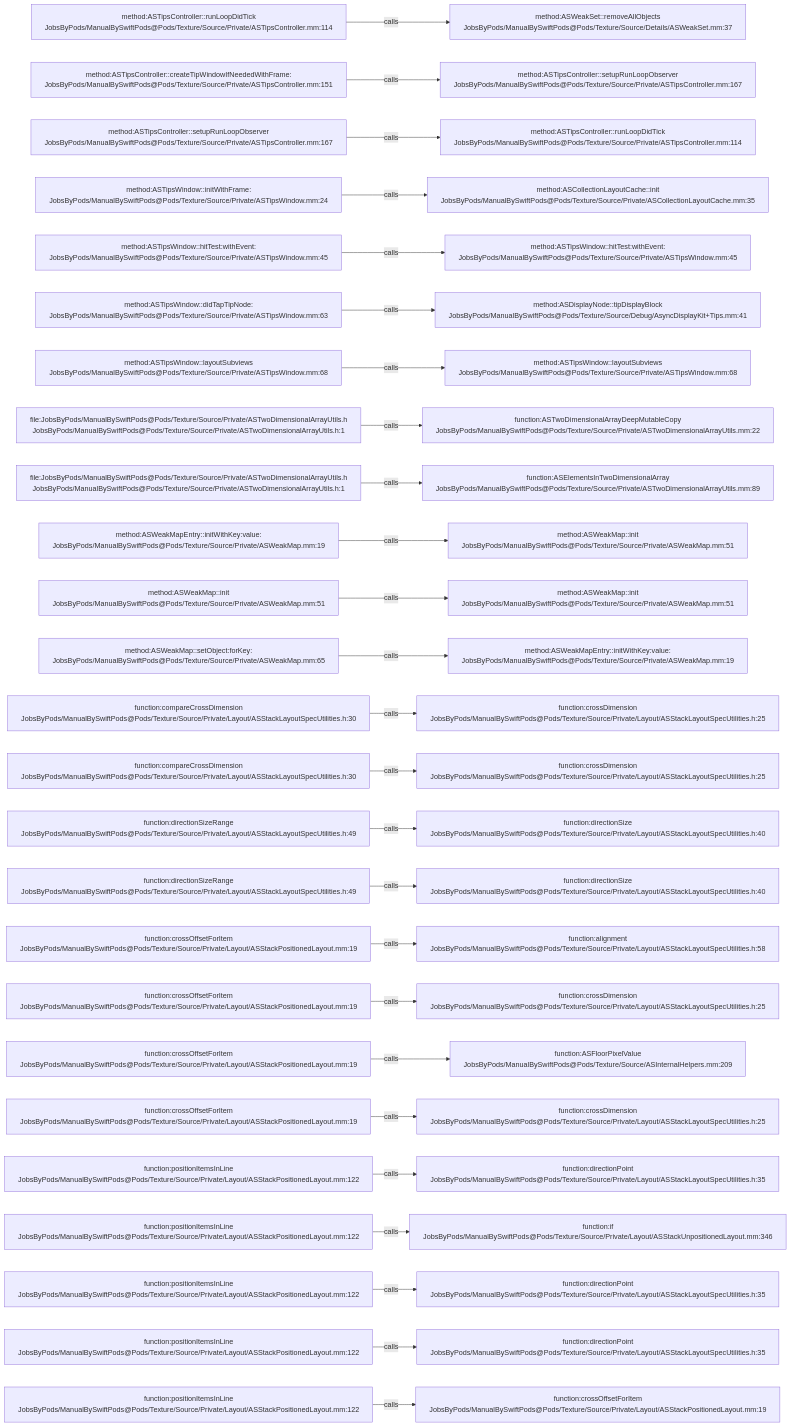
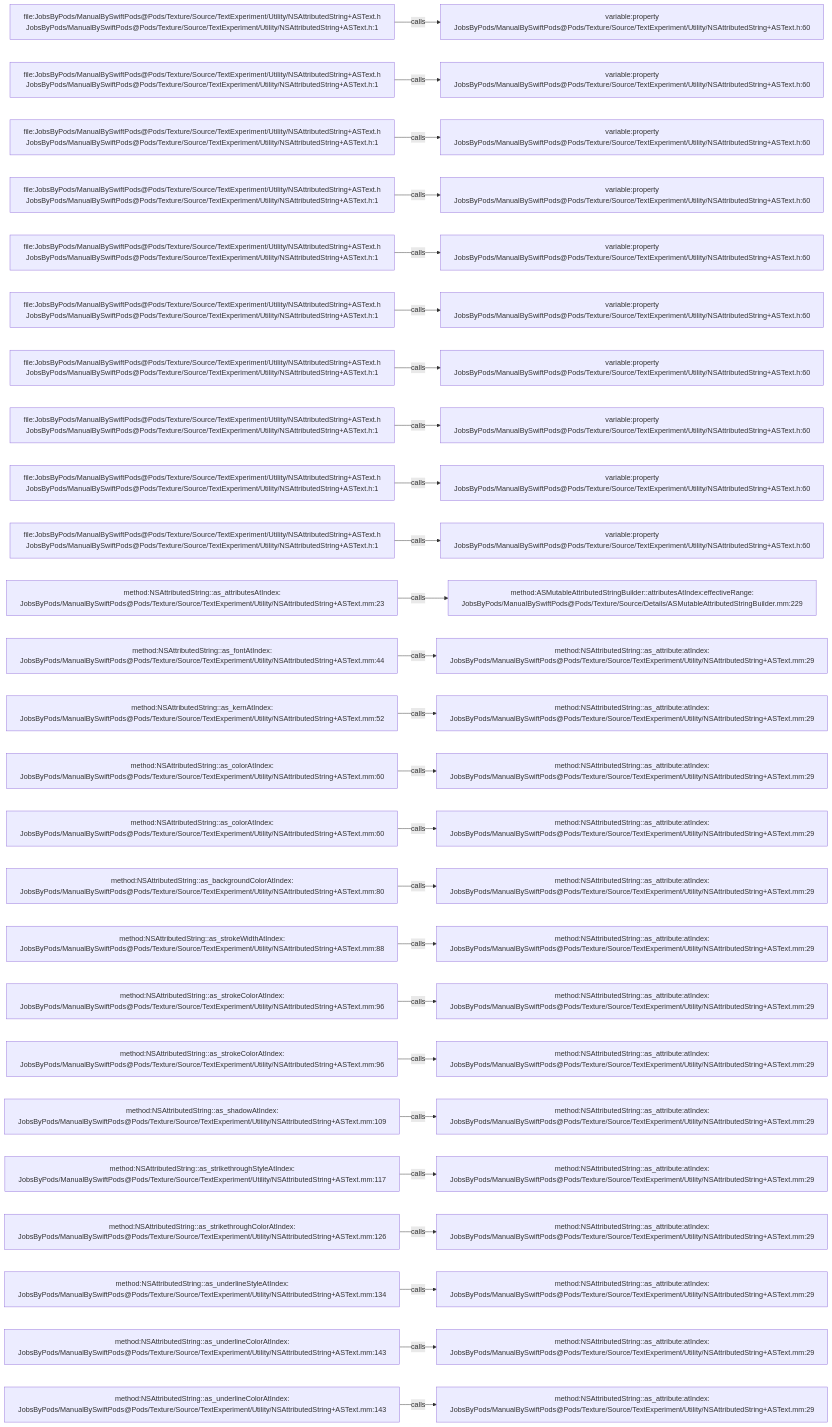
The diagram in .codegraph/codegraph.md/graphs/calls-142.md (JobsKits/JobsSwiftBaseConfigDemo), drawn with Mermaid before and after one commit. The commit also changed 832 other files, not shown here.

````diff
--- a/.codegraph/codegraph.md/graphs/calls-142.md
+++ b/.codegraph/codegraph.md/graphs/calls-142.md
@@ -13,78 +13,78 @@
 ```mermaid
 flowchart LR
-  S1["method:ASTipsController::runLoopDidTick<br/>JobsByPods/ManualBySwiftPods@Pods/Texture/Source/Private/ASTipsController.mm:114"]
-  T1["method:ASWeakSet::removeAllObjects<br/>JobsByPods/ManualBySwiftPods@Pods/Texture/Source/Details/ASWeakSet.mm:37"]
+  S1["file:JobsByPods/ManualBySwiftPods@Pods/Texture/Source/TextExperiment/Utility/NSAttributedString+ASText.h<br/>JobsByPods/ManualBySwiftPods@Pods/Texture/Source/TextExperiment/Utility/NSAttributedString+ASText.h:1"]
+  T1["variable:property<br/>JobsByPods/ManualBySwiftPods@Pods/Texture/Source/TextExperiment/Utility/NSAttributedString+ASText.h:60"]
   S1 -->|calls| T1
-  S2["method:ASTipsController::createTipWindowIfNeededWithFrame:<br/>JobsByPods/ManualBySwiftPods@Pods/Texture/Source/Private/ASTipsController.mm:151"]
-  T2["method:ASTipsController::setupRunLoopObserver<br/>JobsByPods/ManualBySwiftPods@Pods/Texture/Source/Private/ASTipsController.mm:167"]
+  S2["file:JobsByPods/ManualBySwiftPods@Pods/Texture/Source/TextExperiment/Utility/NSAttributedString+ASText.h<br/>JobsByPods/ManualBySwiftPods@Pods/Texture/Source/TextExperiment/Utility/NSAttributedString+ASText.h:1"]
+  T2["variable:property<br/>JobsByPods/ManualBySwiftPods@Pods/Texture/Source/TextExperiment/Utility/NSAttributedString+ASText.h:60"]
   S2 -->|calls| T2
-  S3["method:ASTipsController::setupRunLoopObserver<br/>JobsByPods/ManualBySwiftPods@Pods/Texture/Source/Private/ASTipsController.mm:167"]
-  T3["method:ASTipsController::runLoopDidTick<br/>JobsByPods/ManualBySwiftPods@Pods/Texture/Source/Private/ASTipsController.mm:114"]
+  S3["file:JobsByPods/ManualBySwiftPods@Pods/Texture/Source/TextExperiment/Utility/NSAttributedString+ASText.h<br/>JobsByPods/ManualBySwiftPods@Pods/Texture/Source/TextExperiment/Utility/NSAttributedString+ASText.h:1"]
+  T3["variable:property<br/>JobsByPods/ManualBySwiftPods@Pods/Texture/Source/TextExperiment/Utility/NSAttributedString+ASText.h:60"]
   S3 -->|calls| T3
-  S4["method:ASTipsWindow::initWithFrame:<br/>JobsByPods/ManualBySwiftPods@Pods/Texture/Source/Private/ASTipsWindow.mm:24"]
-  T4["method:ASCollectionLayoutCache::init<br/>JobsByPods/ManualBySwiftPods@Pods/Texture/Source/Private/ASCollectionLayoutCache.mm:35"]
+  S4["file:JobsByPods/ManualBySwiftPods@Pods/Texture/Source/TextExperiment/Utility/NSAttributedString+ASText.h<br/>JobsByPods/ManualBySwiftPods@Pods/Texture/Source/TextExperiment/Utility/NSAttributedString+ASText.h:1"]
+  T4["variable:property<br/>JobsByPods/ManualBySwiftPods@Pods/Texture/Source/TextExperiment/Utility/NSAttributedString+ASText.h:60"]
   S4 -->|calls| T4
-  S5["method:ASTipsWindow::hitTest:withEvent:<br/>JobsByPods/ManualBySwiftPods@Pods/Texture/Source/Private/ASTipsWindow.mm:45"]
-  T5["method:ASTipsWindow::hitTest:withEvent:<br/>JobsByPods/ManualBySwiftPods@Pods/Texture/Source/Private/ASTipsWindow.mm:45"]
+  S5["file:JobsByPods/ManualBySwiftPods@Pods/Texture/Source/TextExperiment/Utility/NSAttributedString+ASText.h<br/>JobsByPods/ManualBySwiftPods@Pods/Texture/Source/TextExperiment/Utility/NSAttributedString+ASText.h:1"]
+  T5["variable:property<br/>JobsByPods/ManualBySwiftPods@Pods/Texture/Source/TextExperiment/Utility/NSAttributedString+ASText.h:60"]
   S5 -->|calls| T5
-  S6["method:ASTipsWindow::didTapTipNode:<br/>JobsByPods/ManualBySwiftPods@Pods/Texture/Source/Private/ASTipsWindow.mm:63"]
-  T6["method:ASDisplayNode::tipDisplayBlock<br/>JobsByPods/ManualBySwiftPods@Pods/Texture/Source/Debug/AsyncDisplayKit+Tips.mm:41"]
+  S6["file:JobsByPods/ManualBySwiftPods@Pods/Texture/Source/TextExperiment/Utility/NSAttributedString+ASText.h<br/>JobsByPods/ManualBySwiftPods@Pods/Texture/Source/TextExperiment/Utility/NSAttributedString+ASText.h:1"]
+  T6["variable:property<br/>JobsByPods/ManualBySwiftPods@Pods/Texture/Source/TextExperiment/Utility/NSAttributedString+ASText.h:60"]
   S6 -->|calls| T6
-  S7["method:ASTipsWindow::layoutSubviews<br/>JobsByPods/ManualBySwiftPods@Pods/Texture/Source/Private/ASTipsWindow.mm:68"]
-  T7["method:ASTipsWindow::layoutSubviews<br/>JobsByPods/ManualBySwiftPods@Pods/Texture/Source/Private/ASTipsWindow.mm:68"]
+  S7["file:JobsByPods/ManualBySwiftPods@Pods/Texture/Source/TextExperiment/Utility/NSAttributedString+ASText.h<br/>JobsByPods/ManualBySwiftPods@Pods/Texture/Source/TextExperiment/Utility/NSAttributedString+ASText.h:1"]
+  T7["variable:property<br/>JobsByPods/ManualBySwiftPods@Pods/Texture/Source/TextExperiment/Utility/NSAttributedString+ASText.h:60"]
   S7 -->|calls| T7
-  S8["file:JobsByPods/ManualBySwiftPods@Pods/Texture/Source/Private/ASTwoDimensionalArrayUtils.h<br/>JobsByPods/ManualBySwiftPods@Pods/Texture/Source/Private/ASTwoDimensionalArrayUtils.h:1"]
-  T8["function:ASTwoDimensionalArrayDeepMutableCopy<br/>JobsByPods/ManualBySwiftPods@Pods/Texture/Source/Private/ASTwoDimensionalArrayUtils.mm:22"]
+  S8["file:JobsByPods/ManualBySwiftPods@Pods/Texture/Source/TextExperiment/Utility/NSAttributedString+ASText.h<br/>JobsByPods/ManualBySwiftPods@Pods/Texture/Source/TextExperiment/Utility/NSAttributedString+ASText.h:1"]
+  T8["variable:property<br/>JobsByPods/ManualBySwiftPods@Pods/Texture/Source/TextExperiment/Utility/NSAttributedString+ASText.h:60"]
   S8 -->|calls| T8
-  S9["file:JobsByPods/ManualBySwiftPods@Pods/Texture/Source/Private/ASTwoDimensionalArrayUtils.h<br/>JobsByPods/ManualBySwiftPods@Pods/Texture/Source/Private/ASTwoDimensionalArrayUtils.h:1"]
-  T9["function:ASElementsInTwoDimensionalArray<br/>JobsByPods/ManualBySwiftPods@Pods/Texture/Source/Private/ASTwoDimensionalArrayUtils.mm:89"]
+  S9["file:JobsByPods/ManualBySwiftPods@Pods/Texture/Source/TextExperiment/Utility/NSAttributedString+ASText.h<br/>JobsByPods/ManualBySwiftPods@Pods/Texture/Source/TextExperiment/Utility/NSAttributedString+ASText.h:1"]
+  T9["variable:property<br/>JobsByPods/ManualBySwiftPods@Pods/Texture/Source/TextExperiment/Utility/NSAttributedString+ASText.h:60"]
   S9 -->|calls| T9
-  S10["method:ASWeakMapEntry::initWithKey:value:<br/>JobsByPods/ManualBySwiftPods@Pods/Texture/Source/Private/ASWeakMap.mm:19"]
-  T10["method:ASWeakMap::init<br/>JobsByPods/ManualBySwiftPods@Pods/Texture/Source/Private/ASWeakMap.mm:51"]
+  S10["file:JobsByPods/ManualBySwiftPods@Pods/Texture/Source/TextExperiment/Utility/NSAttributedString+ASText.h<br/>JobsByPods/ManualBySwiftPods@Pods/Texture/Source/TextExperiment/Utility/NSAttributedString+ASText.h:1"]
+  T10["variable:property<br/>JobsByPods/ManualBySwiftPods@Pods/Texture/Source/TextExperiment/Utility/NSAttributedString+ASText.h:60"]
   S10 -->|calls| T10
-  S11["method:ASWeakMap::init<br/>JobsByPods/ManualBySwiftPods@Pods/Texture/Source/Private/ASWeakMap.mm:51"]
-  T11["method:ASWeakMap::init<br/>JobsByPods/ManualBySwiftPods@Pods/Texture/Source/Private/ASWeakMap.mm:51"]
+  S11["method:NSAttributedString::as_attributesAtIndex:<br/>JobsByPods/ManualBySwiftPods@Pods/Texture/Source/TextExperiment/Utility/NSAttributedString+ASText.mm:23"]
+  T11["method:ASMutableAttributedStringBuilder::attributesAtIndex:effectiveRange:<br/>JobsByPods/ManualBySwiftPods@Pods/Texture/Source/Details/ASMutableAttributedStringBuilder.mm:229"]
   S11 -->|calls| T11
-  S12["method:ASWeakMap::setObject:forKey:<br/>JobsByPods/ManualBySwiftPods@Pods/Texture/Source/Private/ASWeakMap.mm:65"]
-  T12["method:ASWeakMapEntry::initWithKey:value:<br/>JobsByPods/ManualBySwiftPods@Pods/Texture/Source/Private/ASWeakMap.mm:19"]
+  S12["method:NSAttributedString::as_fontAtIndex:<br/>JobsByPods/ManualBySwiftPods@Pods/Texture/Source/TextExperiment/Utility/NSAttributedString+ASText.mm:44"]
+  T12["method:NSAttributedString::as_attribute:atIndex:<br/>JobsByPods/ManualBySwiftPods@Pods/Texture/Source/TextExperiment/Utility/NSAttributedString+ASText.mm:29"]
   S12 -->|calls| T12
-  S13["function:compareCrossDimension<br/>JobsByPods/ManualBySwiftPods@Pods/Texture/Source/Private/Layout/ASStackLayoutSpecUtilities.h:30"]
-  T13["function:crossDimension<br/>JobsByPods/ManualBySwiftPods@Pods/Texture/Source/Private/Layout/ASStackLayoutSpecUtilities.h:25"]
+  S13["method:NSAttributedString::as_kernAtIndex:<br/>JobsByPods/ManualBySwiftPods@Pods/Texture/Source/TextExperiment/Utility/NSAttributedString+ASText.mm:52"]
+  T13["method:NSAttributedString::as_attribute:atIndex:<br/>JobsByPods/ManualBySwiftPods@Pods/Texture/Source/TextExperiment/Utility/NSAttributedString+ASText.mm:29"]
   S13 -->|calls| T13
-  S14["function:compareCrossDimension<br/>JobsByPods/ManualBySwiftPods@Pods/Texture/Source/Private/Layout/ASStackLayoutSpecUtilities.h:30"]
-  T14["function:crossDimension<br/>JobsByPods/ManualBySwiftPods@Pods/Texture/Source/Private/Layout/ASStackLayoutSpecUtilities.h:25"]
+  S14["method:NSAttributedString::as_colorAtIndex:<br/>JobsByPods/ManualBySwiftPods@Pods/Texture/Source/TextExperiment/Utility/NSAttributedString+ASText.mm:60"]
+  T14["method:NSAttributedString::as_attribute:atIndex:<br/>JobsByPods/ManualBySwiftPods@Pods/Texture/Source/TextExperiment/Utility/NSAttributedString+ASText.mm:29"]
   S14 -->|calls| T14
-  S15["function:directionSizeRange<br/>JobsByPods/ManualBySwiftPods@Pods/Texture/Source/Private/Layout/ASStackLayoutSpecUtilities.h:49"]
-  T15["function:directionSize<br/>JobsByPods/ManualBySwiftPods@Pods/Texture/Source/Private/Layout/ASStackLayoutSpecUtilities.h:40"]
+  S15["method:NSAttributedString::as_colorAtIndex:<br/>JobsByPods/ManualBySwiftPods@Pods/Texture/Source/TextExperiment/Utility/NSAttributedString+ASText.mm:60"]
+  T15["method:NSAttributedString::as_attribute:atIndex:<br/>JobsByPods/ManualBySwiftPods@Pods/Texture/Source/TextExperiment/Utility/NSAttributedString+ASText.mm:29"]
   S15 -->|calls| T15
-  S16["function:directionSizeRange<br/>JobsByPods/ManualBySwiftPods@Pods/Texture/Source/Private/Layout/ASStackLayoutSpecUtilities.h:49"]
-  T16["function:directionSize<br/>JobsByPods/ManualBySwiftPods@Pods/Texture/Source/Private/Layout/ASStackLayoutSpecUtilities.h:40"]
+  S16["method:NSAttributedString::as_backgroundColorAtIndex:<br/>JobsByPods/ManualBySwiftPods@Pods/Texture/Source/TextExperiment/Utility/NSAttributedString+ASText.mm:80"]
+  T16["method:NSAttributedString::as_attribute:atIndex:<br/>JobsByPods/ManualBySwiftPods@Pods/Texture/Source/TextExperiment/Utility/NSAttributedString+ASText.mm:29"]
   S16 -->|calls| T16
-  S17["function:crossOffsetForItem<br/>JobsByPods/ManualBySwiftPods@Pods/Texture/Source/Private/Layout/ASStackPositionedLayout.mm:19"]
-  T17["function:alignment<br/>JobsByPods/ManualBySwiftPods@Pods/Texture/Source/Private/Layout/ASStackLayoutSpecUtilities.h:58"]
+  S17["method:NSAttributedString::as_strokeWidthAtIndex:<br/>JobsByPods/ManualBySwiftPods@Pods/Texture/Source/TextExperiment/Utility/NSAttributedString+ASText.mm:88"]
+  T17["method:NSAttributedString::as_attribute:atIndex:<br/>JobsByPods/ManualBySwiftPods@Pods/Texture/Source/TextExperiment/Utility/NSAttributedString+ASText.mm:29"]
   S17 -->|calls| T17
-  S18["function:crossOffsetForItem<br/>JobsByPods/ManualBySwiftPods@Pods/Texture/Source/Private/Layout/ASStackPositionedLayout.mm:19"]
-  T18["function:crossDimension<br/>JobsByPods/ManualBySwiftPods@Pods/Texture/Source/Private/Layout/ASStackLayoutSpecUtilities.h:25"]
+  S18["method:NSAttributedString::as_strokeColorAtIndex:<br/>JobsByPods/ManualBySwiftPods@Pods/Texture/Source/TextExperiment/Utility/NSAttributedString+ASText.mm:96"]
+  T18["method:NSAttributedString::as_attribute:atIndex:<br/>JobsByPods/ManualBySwiftPods@Pods/Texture/Source/TextExperiment/Utility/NSAttributedString+ASText.mm:29"]
   S18 -->|calls| T18
-  S19["function:crossOffsetForItem<br/>JobsByPods/ManualBySwiftPods@Pods/Texture/Source/Private/Layout/ASStackPositionedLayout.mm:19"]
-  T19["function:ASFloorPixelValue<br/>JobsByPods/ManualBySwiftPods@Pods/Texture/Source/ASInternalHelpers.mm:209"]
+  S19["method:NSAttributedString::as_strokeColorAtIndex:<br/>JobsByPods/ManualBySwiftPods@Pods/Texture/Source/TextExperiment/Utility/NSAttributedString+ASText.mm:96"]
+  T19["method:NSAttributedString::as_attribute:atIndex:<br/>JobsByPods/ManualBySwiftPods@Pods/Texture/Source/TextExperiment/Utility/NSAttributedString+ASText.mm:29"]
   S19 -->|calls| T19
-  S20["function:crossOffsetForItem<br/>JobsByPods/ManualBySwiftPods@Pods/Texture/Source/Private/Layout/ASStackPositionedLayout.mm:19"]
-  T20["function:crossDimension<br/>JobsByPods/ManualBySwiftPods@Pods/Texture/Source/Private/Layout/ASStackLayoutSpecUtilities.h:25"]
+  S20["method:NSAttributedString::as_shadowAtIndex:<br/>JobsByPods/ManualBySwiftPods@Pods/Texture/Source/TextExperiment/Utility/NSAttributedString+ASText.mm:109"]
+  T20["method:NSAttributedString::as_attribute:atIndex:<br/>JobsByPods/ManualBySwiftPods@Pods/Texture/Source/TextExperiment/Utility/NSAttributedString+ASText.mm:29"]
   S20 -->|calls| T20
-  S21["function:positionItemsInLine<br/>JobsByPods/ManualBySwiftPods@Pods/Texture/Source/Private/Layout/ASStackPositionedLayout.mm:122"]
-  T21["function:directionPoint<br/>JobsByPods/ManualBySwiftPods@Pods/Texture/Source/Private/Layout/ASStackLayoutSpecUtilities.h:35"]
+  S21["method:NSAttributedString::as_strikethroughStyleAtIndex:<br/>JobsByPods/ManualBySwiftPods@Pods/Texture/Source/TextExperiment/Utility/NSAttributedString+ASText.mm:117"]
+  T21["method:NSAttributedString::as_attribute:atIndex:<br/>JobsByPods/ManualBySwiftPods@Pods/Texture/Source/TextExperiment/Utility/NSAttributedString+ASText.mm:29"]
   S21 -->|calls| T21
-  S22["function:positionItemsInLine<br/>JobsByPods/ManualBySwiftPods@Pods/Texture/Source/Private/Layout/ASStackPositionedLayout.mm:122"]
-  T22["function:if<br/>JobsByPods/ManualBySwiftPods@Pods/Texture/Source/Private/Layout/ASStackUnpositionedLayout.mm:346"]
+  S22["method:NSAttributedString::as_strikethroughColorAtIndex:<br/>JobsByPods/ManualBySwiftPods@Pods/Texture/Source/TextExperiment/Utility/NSAttributedString+ASText.mm:126"]
+  T22["method:NSAttributedString::as_attribute:atIndex:<br/>JobsByPods/ManualBySwiftPods@Pods/Texture/Source/TextExperiment/Utility/NSAttributedString+ASText.mm:29"]
   S22 -->|calls| T22
-  S23["function:positionItemsInLine<br/>JobsByPods/ManualBySwiftPods@Pods/Texture/Source/Private/Layout/ASStackPositionedLayout.mm:122"]
-  T23["function:directionPoint<br/>JobsByPods/ManualBySwiftPods@Pods/Texture/Source/Private/Layout/ASStackLayoutSpecUtilities.h:35"]
+  S23["method:NSAttributedString::as_underlineStyleAtIndex:<br/>JobsByPods/ManualBySwiftPods@Pods/Texture/Source/TextExperiment/Utility/NSAttributedString+ASText.mm:134"]
+  T23["method:NSAttributedString::as_attribute:atIndex:<br/>JobsByPods/ManualBySwiftPods@Pods/Texture/Source/TextExperiment/Utility/NSAttributedString+ASText.mm:29"]
   S23 -->|calls| T23
-  S24["function:positionItemsInLine<br/>JobsByPods/ManualBySwiftPods@Pods/Texture/Source/Private/Layout/ASStackPositionedLayout.mm:122"]
-  T24["function:directionPoint<br/>JobsByPods/ManualBySwiftPods@Pods/Texture/Source/Private/Layout/ASStackLayoutSpecUtilities.h:35"]
+  S24["method:NSAttributedString::as_underlineColorAtIndex:<br/>JobsByPods/ManualBySwiftPods@Pods/Texture/Source/TextExperiment/Utility/NSAttributedString+ASText.mm:143"]
+  T24["method:NSAttributedString::as_attribute:atIndex:<br/>JobsByPods/ManualBySwiftPods@Pods/Texture/Source/TextExperiment/Utility/NSAttributedString+ASText.mm:29"]
   S24 -->|calls| T24
-  S25["function:positionItemsInLine<br/>JobsByPods/ManualBySwiftPods@Pods/Texture/Source/Private/Layout/ASStackPositionedLayout.mm:122"]
-  T25["function:crossOffsetForItem<br/>JobsByPods/ManualBySwiftPods@Pods/Texture/Source/Private/Layout/ASStackPositionedLayout.mm:19"]
+  S25["method:NSAttributedString::as_underlineColorAtIndex:<br/>JobsByPods/ManualBySwiftPods@Pods/Texture/Source/TextExperiment/Utility/NSAttributedString+ASText.mm:143"]
+  T25["method:NSAttributedString::as_attribute:atIndex:<br/>JobsByPods/ManualBySwiftPods@Pods/Texture/Source/TextExperiment/Utility/NSAttributedString+ASText.mm:29"]
   S25 -->|calls| T25
 ```
````
